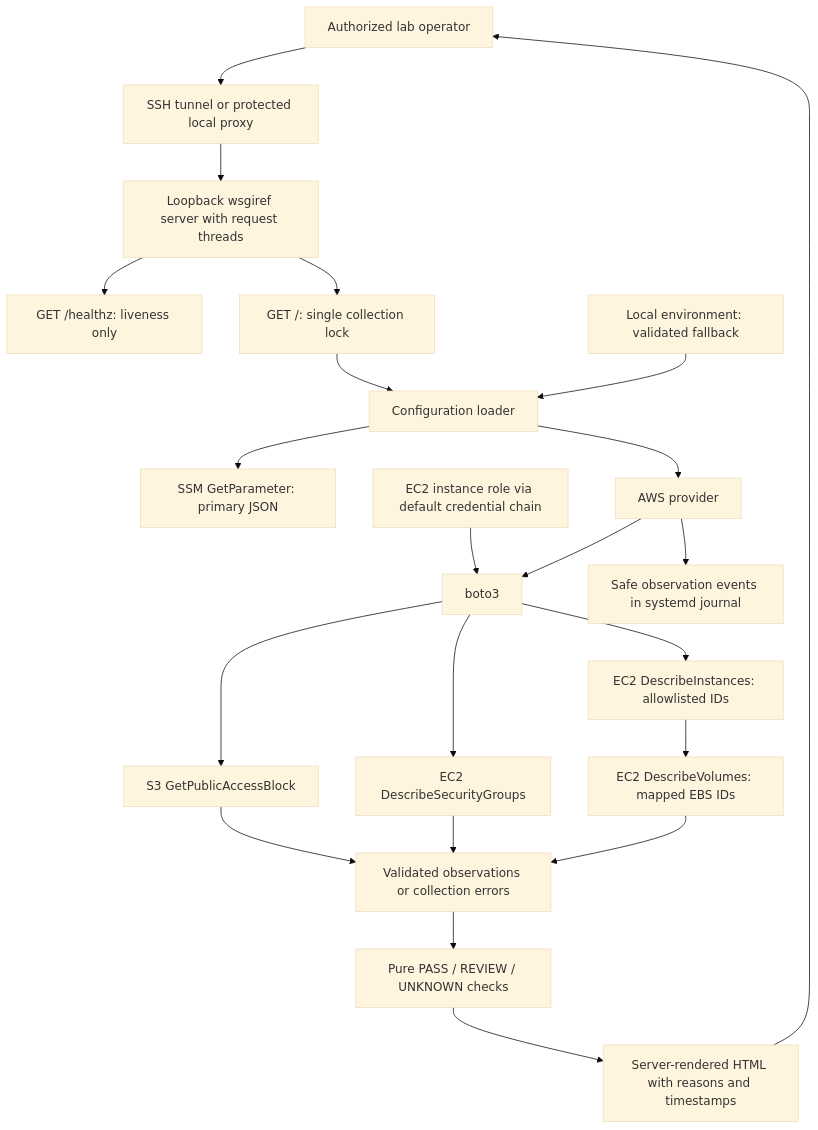
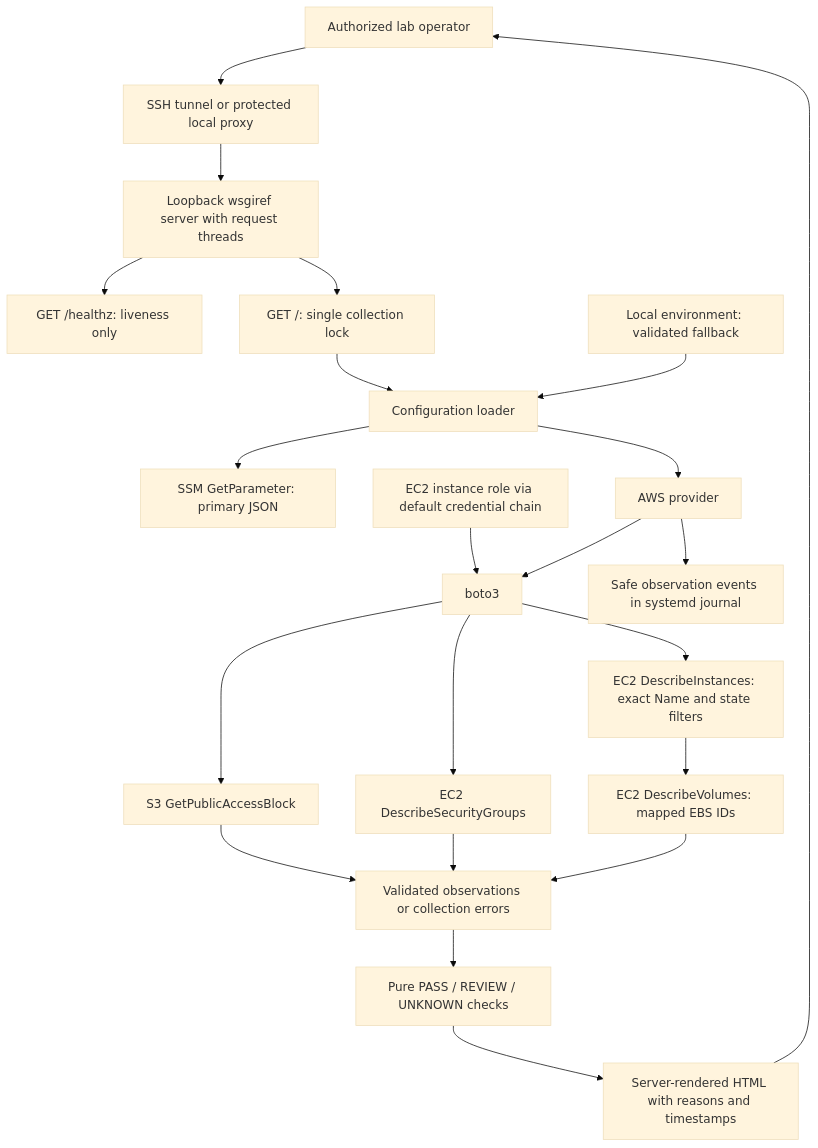
Before and after one commit to BO317/cloud-security-posture-explorer: the diagram in docs/ARCHITECTURE.md, drawn with Mermaid (base theme). The commit also changed other lines of this file and 12 other files, not shown here.

````diff
--- a/docs/ARCHITECTURE.md
+++ b/docs/ARCHITECTURE.md
@@ -10,24 +10,24 @@
 ```mermaid
 flowchart TD
     User[Authorized lab operator] --> Access[SSH tunnel or protected local proxy]
     Access --> Web[Loopback wsgiref server with request threads]
     Web --> Health[GET /healthz: liveness only]
     Web --> Gate[GET /: single collection lock]
     Gate --> Config[Configuration loader]
     Config --> SSM[SSM GetParameter: primary JSON]
     Env[Local environment: validated fallback] --> Config
     Config --> Provider[AWS provider]
     Role[EC2 instance role via default credential chain] --> SDK[boto3]
     Provider --> SDK
     SDK --> S3[S3 GetPublicAccessBlock]
     SDK --> EC2[EC2 DescribeSecurityGroups]
-    SDK --> Instances[EC2 DescribeInstances: allowlisted IDs]
+    SDK --> Instances[EC2 DescribeInstances: exact Name and state filters]
     Instances --> Volumes[EC2 DescribeVolumes: mapped EBS IDs]
     S3 --> Evidence[Validated observations or collection errors]
     EC2 --> Evidence
     Volumes --> Evidence
     Evidence --> Checks[Pure PASS / REVIEW / UNKNOWN checks]
     Checks --> HTML[Server-rendered HTML with reasons and timestamps]
     HTML --> User
     Provider --> Audit[Safe observation events in systemd journal]
 ```
````
